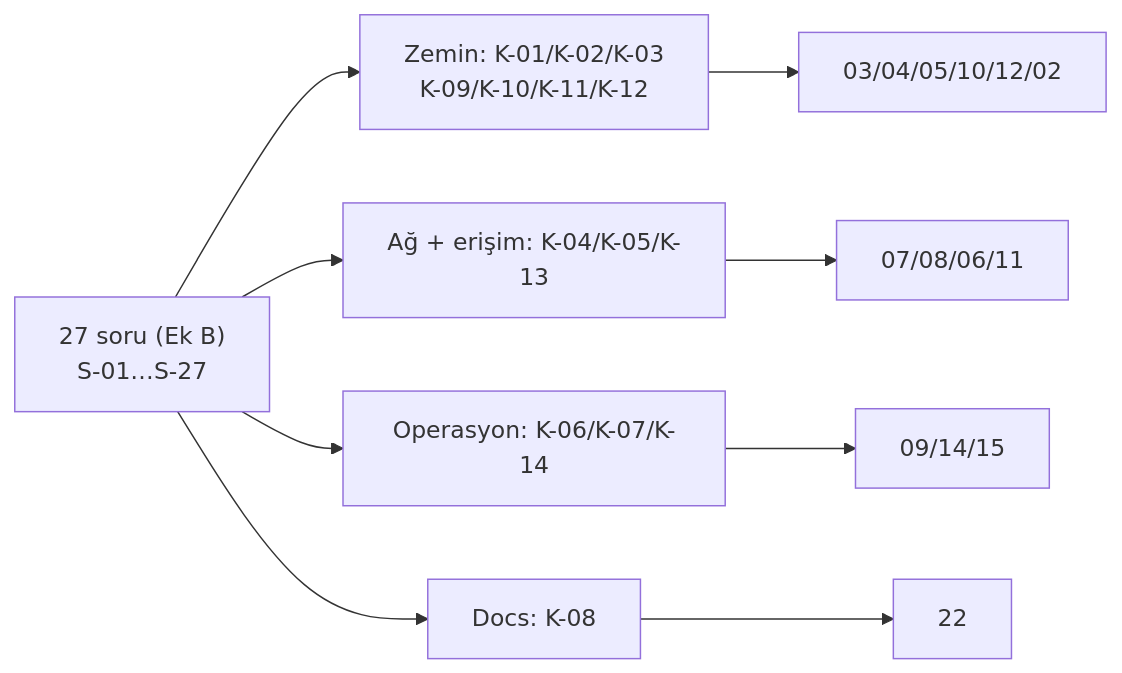
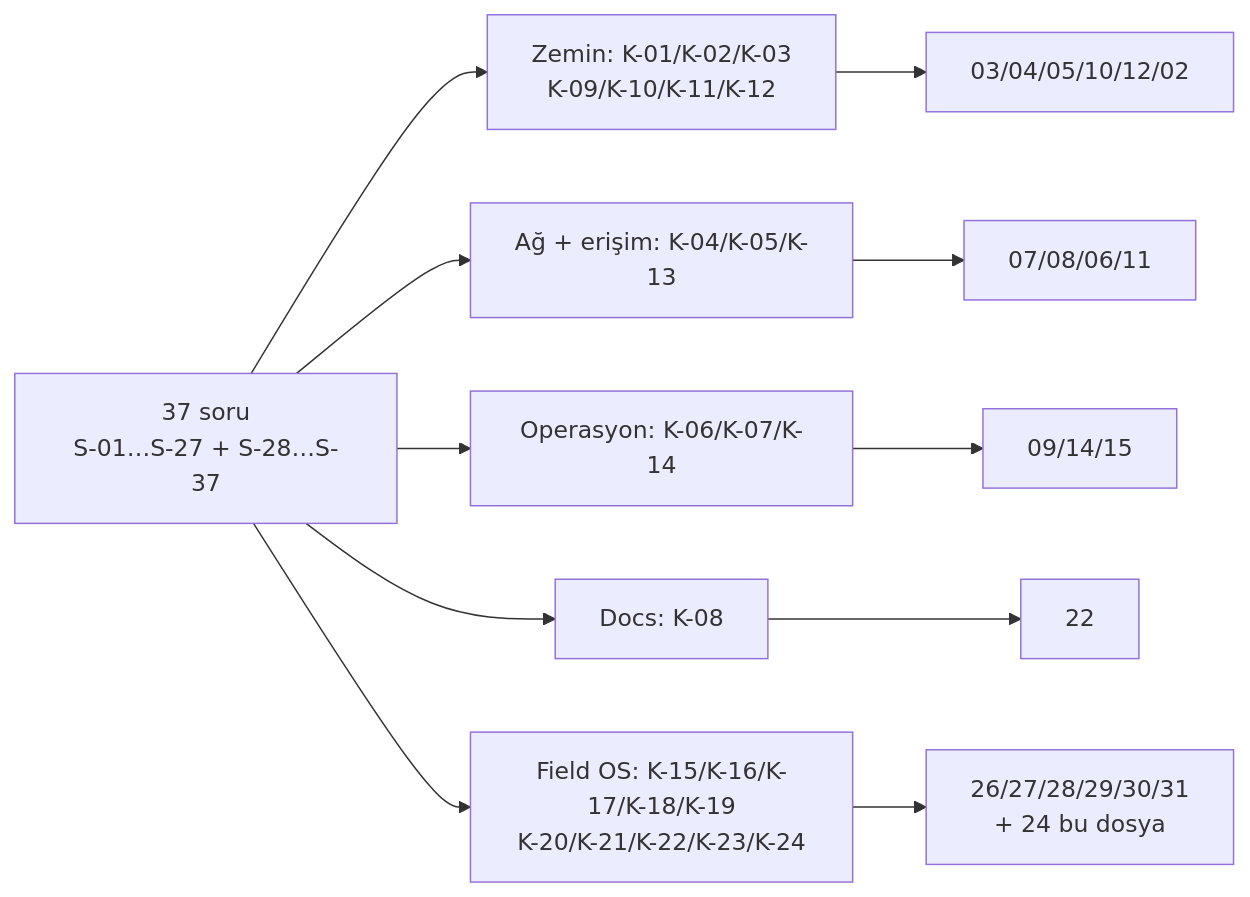
The diagram in docs/24-DECISION-LOG.md (emirhanmamak-blueforce/Blueforce-Linux), drawn with Mermaid before and after one commit. The commit also changed other lines of this file and 176 other files, not shown here.

````diff
--- a/docs/24-DECISION-LOG.md
+++ b/docs/24-DECISION-LOG.md
@@ -348,11 +496,13 @@
 ```mermaid
 flowchart LR
-    SORU["27 soru (Ek B)<br/>S-01…S-27"] --> ZEMIN["Zemin: K-01/K-02/K-03<br/>K-09/K-10/K-11/K-12"]
+    SORU["37 soru<br/>S-01…S-27 + S-28…S-37"] --> ZEMIN["Zemin: K-01/K-02/K-03<br/>K-09/K-10/K-11/K-12"]
     SORU --> AG["Ağ + erişim: K-04/K-05/K-13"]
     SORU --> OPS["Operasyon: K-06/K-07/K-14"]
     SORU --> DOC["Docs: K-08"]
+    SORU --> FIELD["Field OS: K-15/K-16/K-17/K-18/K-19<br/>K-20/K-21/K-22/K-23/K-24"]
     ZEMIN --> D1["03/04/05/10/12/02"]
     AG --> D2["07/08/06/11"]
     OPS --> D3["09/14/15"]
     DOC --> D4["22"]
+    FIELD --> D5["26/27/28/29/30/31<br/>+ 24 bu dosya"]
 ```
````
